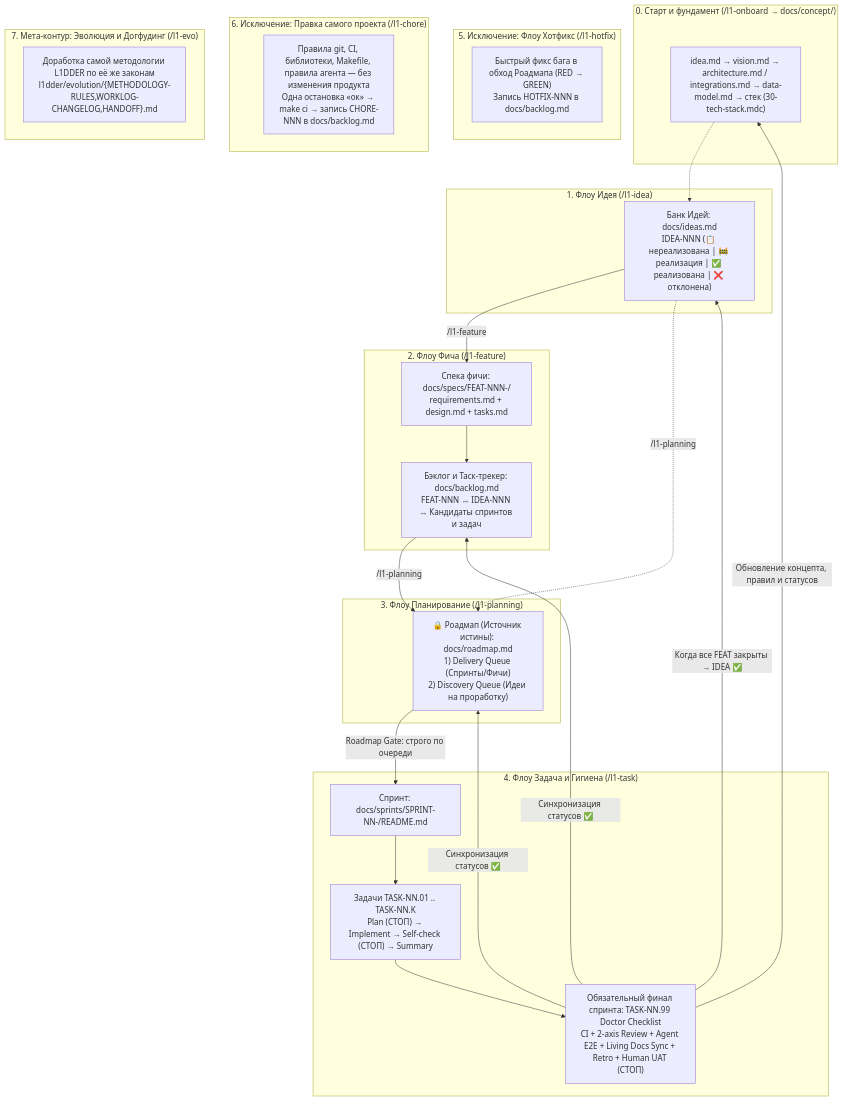
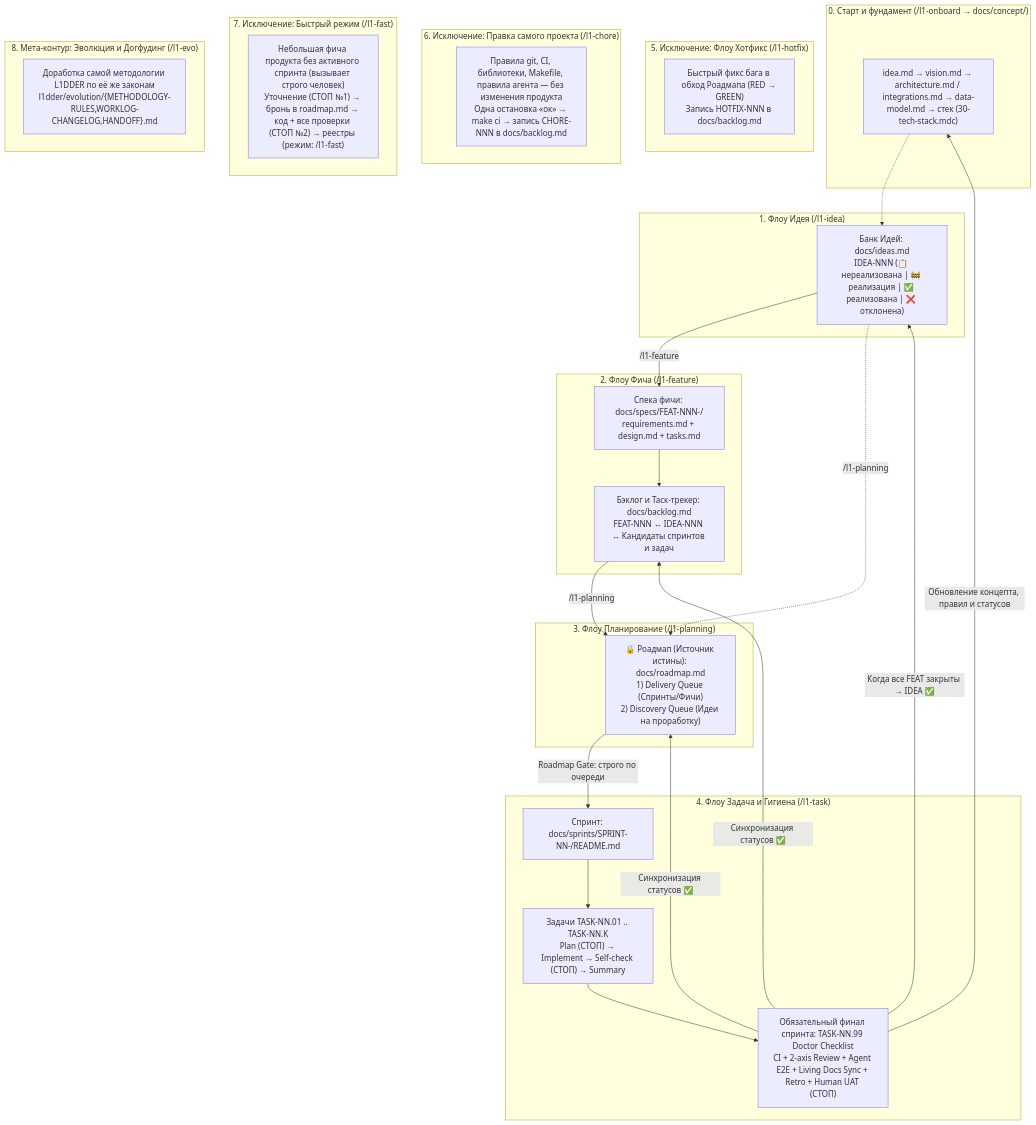
Before and after one commit to ledvanoff/l1dder: the diagram in l1dder/METHODOLOGY.md, drawn with Mermaid. The commit also changed other lines of this file and 41 other files, not shown here.

````diff
--- a/l1dder/METHODOLOGY.md
+++ b/l1dder/METHODOLOGY.md
@@ -12,50 +12,54 @@
 ```mermaid
 flowchart TB
     subgraph foundation["0. Старт и фундамент (/l1-onboard → docs/concept/)"]
         CON["idea.md → vision.md → architecture.md / integrations.md → data-model.md → стек (30-tech-stack.mdc)"]
     end
 
     subgraph flow1["1. Флоу Идея (/l1-idea)"]
         IDEAS["Банк Идей: docs/ideas.md<br/>IDEA-NNN (📋 нереализована | 🚧 реализация | ✅ реализована | ❌ отклонена)"]
     end
 
     subgraph flow2["2. Флоу Фича (/l1-feature)"]
         SPECS["Спека фичи: docs/specs/FEAT-NNN-<slug>/<br/>requirements.md + design.md + tasks.md"]
         BACKLOG["Бэклог и Таск-трекер: docs/backlog.md<br/>FEAT-NNN ↔ IDEA-NNN ↔ Кандидаты спринтов и задач"]
     end
 
     subgraph flow3["3. Флоу Планирование (/l1-planning)"]
         ROADMAP["🔒 Роадмап (Источник истины): docs/roadmap.md<br/>1) Delivery Queue (Спринты/Фичи)<br/>2) Discovery Queue (Идеи на проработку)"]
     end
 
     subgraph flow4["4. Флоу Задача и Гигиена (/l1-task)"]
         SPRINT["Спринт: docs/sprints/SPRINT-NN-<slug>/README.md"]
         TASKS["Задачи TASK-NN.01 .. TASK-NN.K<br/>Plan (СТОП) → Implement → Self-check (СТОП) → Summary"]
         DOCTOR["Обязательный финал спринта: TASK-NN.99 Doctor Checklist<br/>CI + 2-axis Review + Agent E2E + Living Docs Sync + Retro + Human UAT (СТОП)"]
     end
 
     subgraph flow5["5. Исключение: Флоу Хотфикс (/l1-hotfix)"]
         HOTFIX["Быстрый фикс бага в обход Роадмапа (RED → GREEN)<br/>Запись HOTFIX-NNN в docs/backlog.md"]
     end
 
     subgraph flowChore["6. Исключение: Правка самого проекта (/l1-chore)"]
         CHORE["Правила git, CI, библиотеки, Makefile, правила агента — без изменения продукта<br/>Одна остановка «ок» → make ci → запись CHORE-NNN в docs/backlog.md"]
     end
 
-    subgraph flow6["7. Мета-контур: Эволюция и Догфудинг (/l1-evo)"]
+    subgraph flowFast["7. Исключение: Быстрый режим (/l1-fast)"]
+        FAST["Небольшая фича продукта без активного спринта (вызывает строго человек)<br/>Уточнение (СТОП №1) → бронь в roadmap.md → код + все проверки (СТОП №2) → реестры (режим: /l1-fast)"]
+    end
+
+    subgraph flow6["8. Мета-контур: Эволюция и Догфудинг (/l1-evo)"]
         EVO["Доработка самой методологии L1DDER по её же законам<br/>l1dder/evolution/{METHODOLOGY-RULES,WORKLOG-CHANGELOG,HANDOFF}.md"]
     end
 
     CON -.-> IDEAS
     IDEAS -->|"/l1-feature"| SPECS
     SPECS --> BACKLOG
     IDEAS -.->|"/l1-planning"| ROADMAP
     BACKLOG -->|"/l1-planning"| ROADMAP
     ROADMAP -->|"Roadmap Gate: строго по очереди"| SPRINT
     SPRINT --> TASKS
     TASKS --> DOCTOR
     DOCTOR -->|"Обновление концепта, правил и статусов"| CON
     DOCTOR -->|"Синхронизация статусов ✅"| ROADMAP
     DOCTOR -->|"Синхронизация статусов ✅"| BACKLOG
     DOCTOR -->|"Когда все FEAT закрыты → IDEA ✅"| IDEAS
 ```
````
